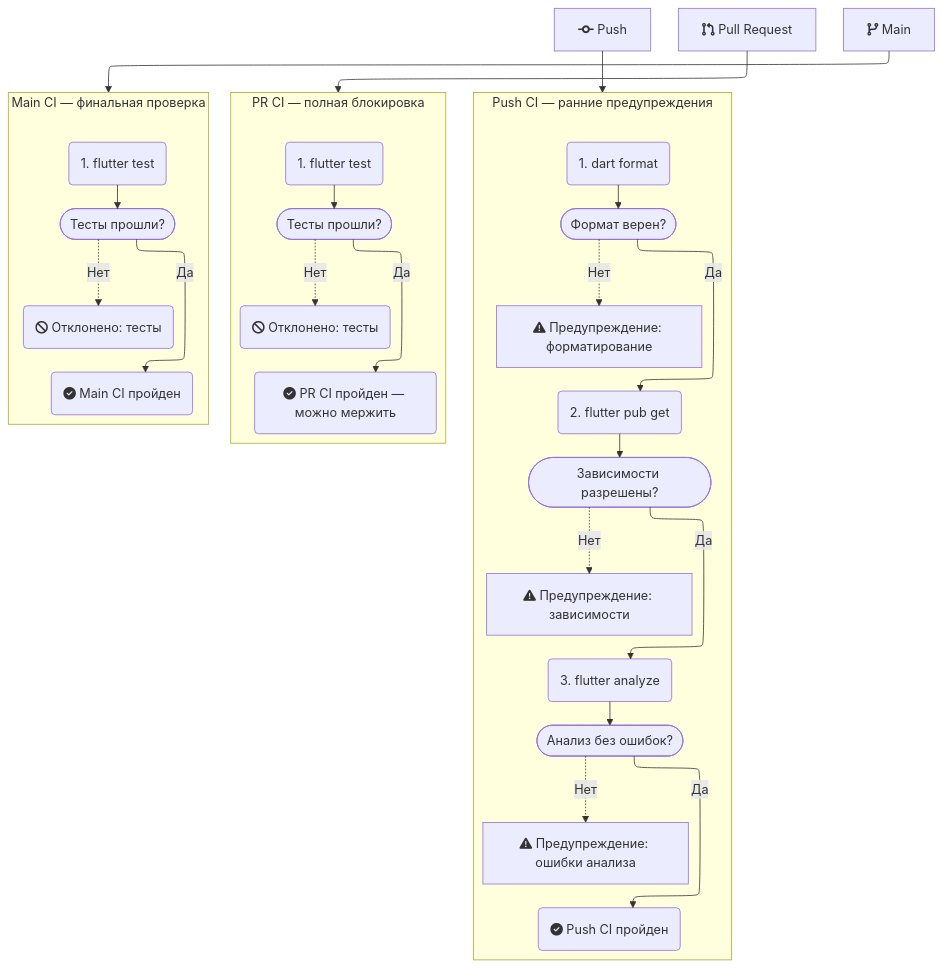
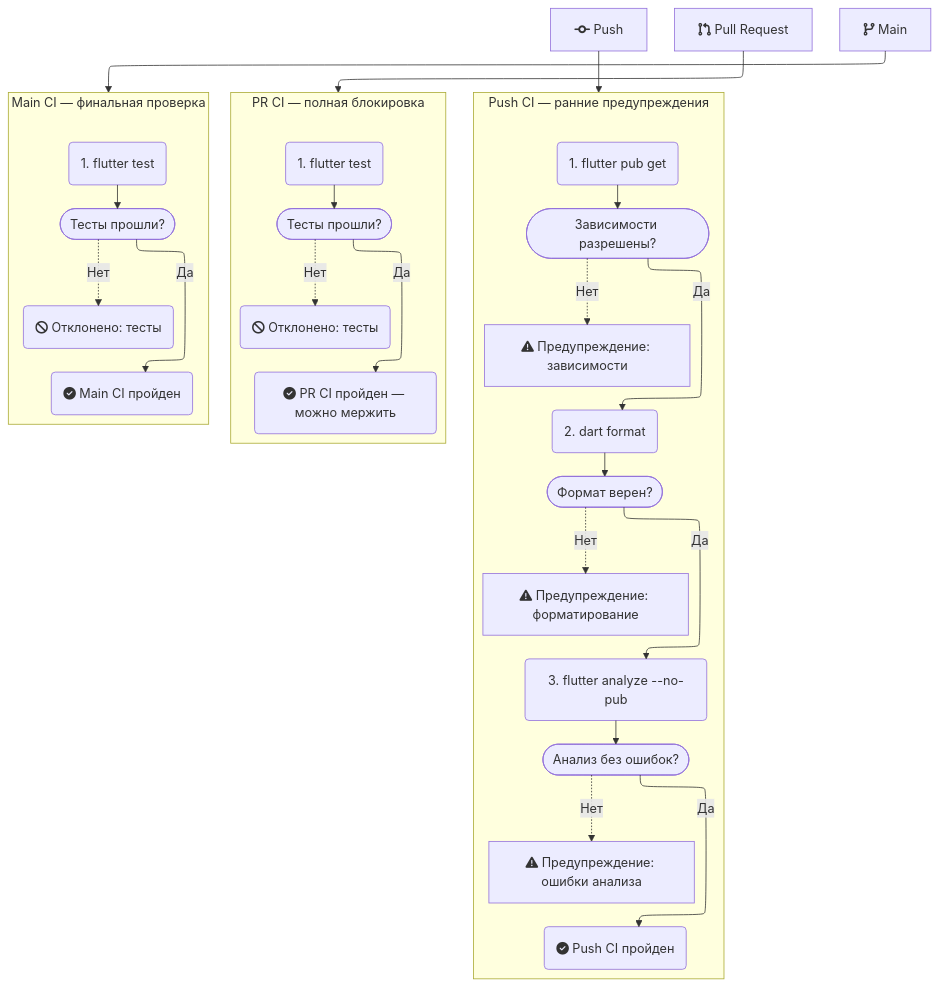
One commit to AkhrievSuleym/wtf_yandex_sirius changed the diagram in docs/ci_workflow.md. Above: the diagram before and after it, drawn with Mermaid. The commit also changed 1 other file, not shown here.

Commit message:
[fix] Update CI workflow and documentation

````diff
--- a/docs/ci_workflow.md
+++ b/docs/ci_workflow.md
@@ -3,39 +3,39 @@
 ```mermaid
 %%{init: { "layout": "elk" }}%%
 
 flowchart TD
     PUSH["fa:fa-code-commit Push"] --> PUSH_CI
     PR["fa:fa-code-pull-request Pull Request"] --> PR_CI
     MAIN["fa:fa-code-branch Main"] --> MAIN_CI
 
     subgraph PUSH_CI["Push CI — ранние предупреждения"]
-        C1("1. dart format") --> C1Q(["Формат верен?"])
-        C1Q -->|Да| C2("2. flutter pub get")
-        C1Q -.->|Нет| C1W["fa:fa-triangle-exclamation Предупреждение: форматирование"]
+        C1("1. flutter pub get") --> C1Q(["Зависимости разрешены?"])
+        C1Q -->|Да| C2("2. dart format")
+        C1Q -.->|Нет| C1W["fa:fa-triangle-exclamation Предупреждение: зависимости"]
         C1W ~~~ C2
 
-        C2 --> C2Q(["Зависимости разрешены?"])
-        C2Q -->|Да| C3("3. flutter analyze")
-        C2Q -.->|Нет| C2W["fa:fa-triangle-exclamation Предупреждение: зависимости"]
+        C2 --> C2Q(["Формат верен?"])
+        C2Q -->|Да| C3("3. flutter analyze --no-pub")
+        C2Q -.->|Нет| C2W["fa:fa-triangle-exclamation Предупреждение: форматирование"]
         C2W ~~~ C3
 
         C3 --> C3Q(["Анализ без ошибок?"])
         C3Q -->|Да| C_OK("fa:fa-circle-check Push CI пройден")
         C3Q -.->|Нет| C3W["fa:fa-triangle-exclamation Предупреждение: ошибки анализа"]
         C3W ~~~ C_OK
     end
 
     subgraph PR_CI["PR CI — полная блокировка"]
         P1("1. flutter test") --> P1Q(["Тесты прошли?"])
         P1Q -->|Да| P_OK("fa:fa-circle-check PR CI пройден — можно мержить")
         P1Q -.->|Нет| P1F("fa:fa-ban Отклонено: тесты")
         P1F ~~~ P_OK
     end
 
     subgraph MAIN_CI["Main CI — финальная проверка"]
         M1("1. flutter test") --> M1Q(["Тесты прошли?"])
         M1Q -->|Да| M_OK("fa:fa-circle-check Main CI пройден")
         M1Q -.->|Нет| M1F("fa:fa-ban Отклонено: тесты")
         M1F ~~~ M_OK
     end
 ```
````
